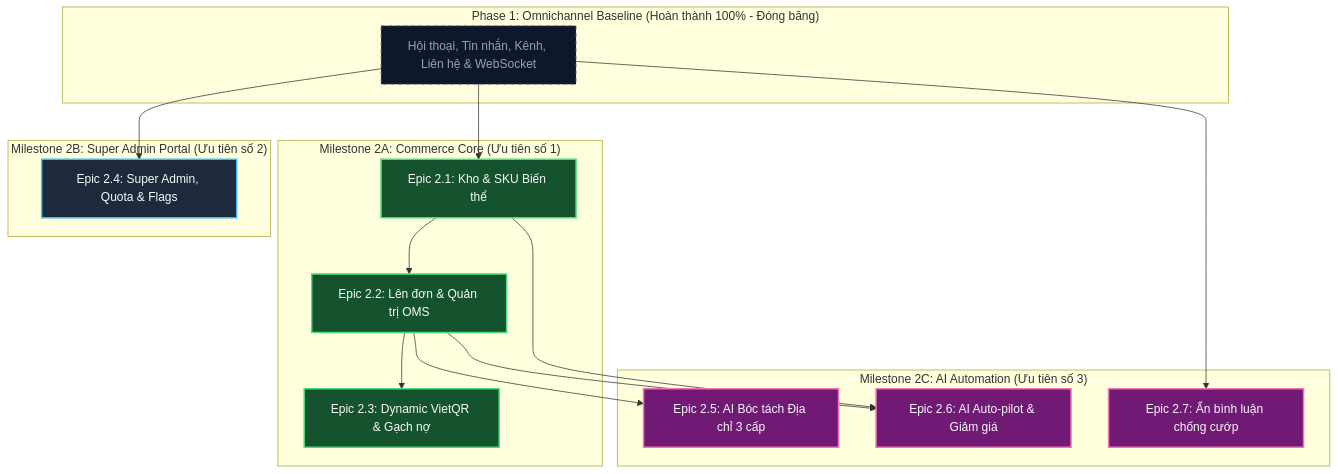
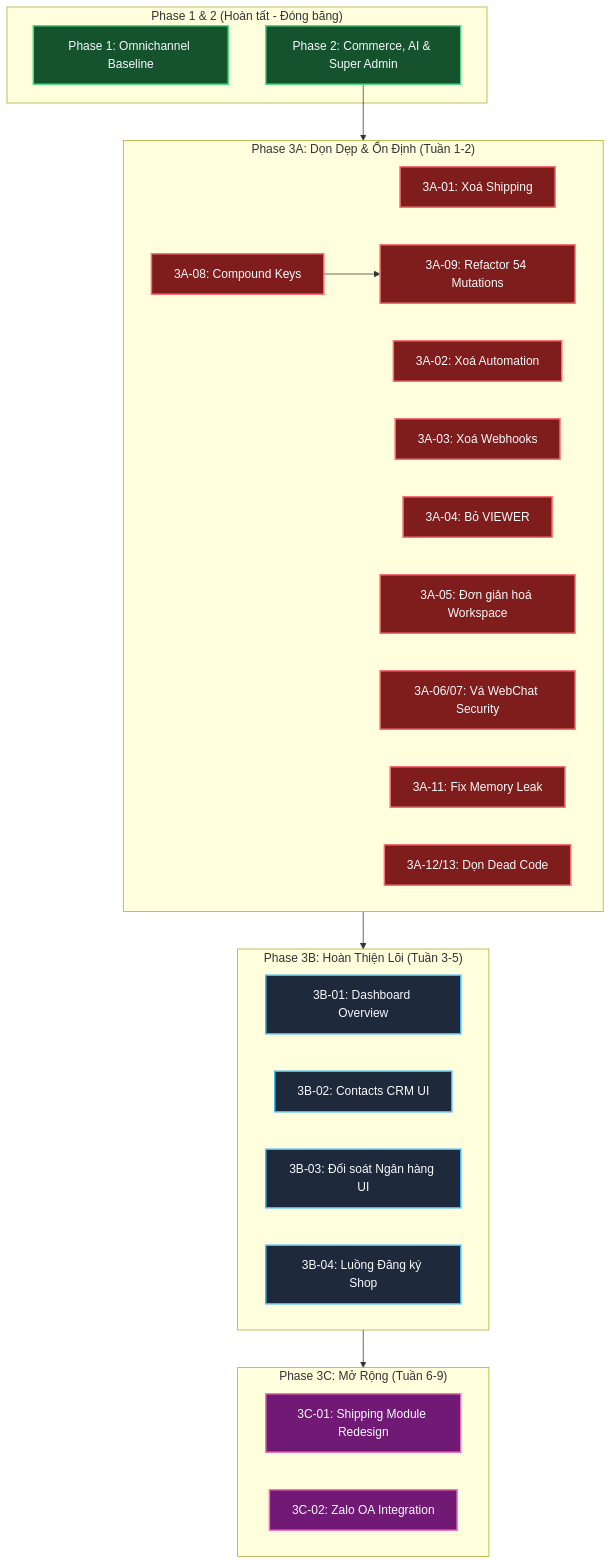
One commit to Mkhai205/sales-copilot changed the first of 2 diagrams in docs/backlog/README.md. Above: the diagram before and after it, drawn with Mermaid. The commit also changed other lines of this file and 211 other files, not shown here.

Commit message:
fix: Phase 3A: Dọn Dẹp & Ổn Định (Cleanup & Stabilization)

````diff
--- a/docs/backlog/README.md
+++ b/docs/backlog/README.md
@@ -25,39 +37,42 @@
 ```mermaid
 graph TD
-    classDef baseline fill:#0f172a,stroke:#64748b,stroke-width:1px,stroke-dasharray: 5 5,color:#94a3b8;
-    classDef m2a fill:#14532d,stroke:#4ade80,stroke-width:2px,color:#f8fafc;
-    classDef m2b fill:#1e293b,stroke:#38bdf8,stroke-width:2px,color:#f8fafc;
-    classDef m2c fill:#701a75,stroke:#f472b6,stroke-width:2px,color:#f8fafc;
+    classDef completed fill:#14532d,stroke:#4ade80,stroke-width:2px,color:#f8fafc;
+    classDef p3a fill:#7f1d1d,stroke:#f87171,stroke-width:2px,color:#f8fafc;
+    classDef p3b fill:#1e293b,stroke:#38bdf8,stroke-width:2px,color:#f8fafc;
+    classDef p3c fill:#701a75,stroke:#f472b6,stroke-width:2px,color:#f8fafc;
 
-    subgraph P1["Phase 1: Omnichannel Baseline (Hoàn thành 100% - Đóng băng)"]
-        P1_CORE["Hội thoại, Tin nhắn, Kênh, Liên hệ & WebSocket"]
-    end
-    class P1_CORE baseline;
-
-    subgraph M2A["Milestone 2A: Commerce Core (Ưu tiên số 1)"]
-        E21["Epic 2.1: Kho & SKU Biến thể"]:::m2a
-        E22["Epic 2.2: Lên đơn & Quản trị OMS"]:::m2a
-        E23["Epic 2.3: Dynamic VietQR & Gạch nợ"]:::m2a
+    subgraph DONE["Phase 1 & 2 (Hoàn tất - Đóng băng)"]
+        P1["Phase 1: Omnichannel Baseline"]:::completed
+        P2["Phase 2: Commerce, AI & Super Admin"]:::completed
     end
 
-    subgraph M2B["Milestone 2B: Super Admin Portal (Ưu tiên số 2)"]
-        E24["Epic 2.4: Super Admin, Quota & Flags"]:::m2b
+    subgraph P3A["Phase 3A: Dọn Dẹp & Ổn Định (Tuần 1-2)"]
+        A01["3A-01: Xoá Shipping"]:::p3a
+        A02["3A-02: Xoá Automation"]:::p3a
+        A03["3A-03: Xoá Webhooks"]:::p3a
+        A04["3A-04: Bỏ VIEWER"]:::p3a
+        A05["3A-05: Đơn giản hoá Workspace"]:::p3a
+        A06["3A-06/07: Vá WebChat Security"]:::p3a
+        A08["3A-08: Compound Keys"]:::p3a
+        A09["3A-09: Refactor 54 Mutations"]:::p3a
+        A11["3A-11: Fix Memory Leak"]:::p3a
+        A12["3A-12/13: Dọn Dead Code"]:::p3a
+        A08 --> A09
     end
 
-    subgraph M2C["Milestone 2C: AI Automation (Ưu tiên số 3)"]
-        E25["Epic 2.5: AI Bóc tách Địa chỉ 3 cấp"]:::m2c
-        E26["Epic 2.6: AI Auto-pilot & Giảm giá"]:::m2c
-        E27["Epic 2.7: Ẩn bình luận chống cướp"]:::m2c
+    subgraph P3B["Phase 3B: Hoàn Thiện Lõi (Tuần 3-5)"]
+        B01["3B-01: Dashboard Overview"]:::p3b
+        B02["3B-02: Contacts CRM UI"]:::p3b
+        B03["3B-03: Đối soát Ngân hàng UI"]:::p3b
+        B04["3B-04: Luồng Đăng ký Shop"]:::p3b
     end
 
-    %% Dependencies
-    P1_CORE --> E21
-    E21 --> E22
-    E22 --> E23
-    P1_CORE --> E24
+    subgraph P3C["Phase 3C: Mở Rộng (Tuần 6-9)"]
+        C01["3C-01: Shipping Module Redesign"]:::p3c
+        C02["3C-02: Zalo OA Integration"]:::p3c
+    end
 
-    E22 --> E25
-    E22 --> E26
-    E21 --> E26
-    P1_CORE --> E27
+    P2 --> P3A
+    P3A --> P3B
+    P3B --> P3C
 ```
````
